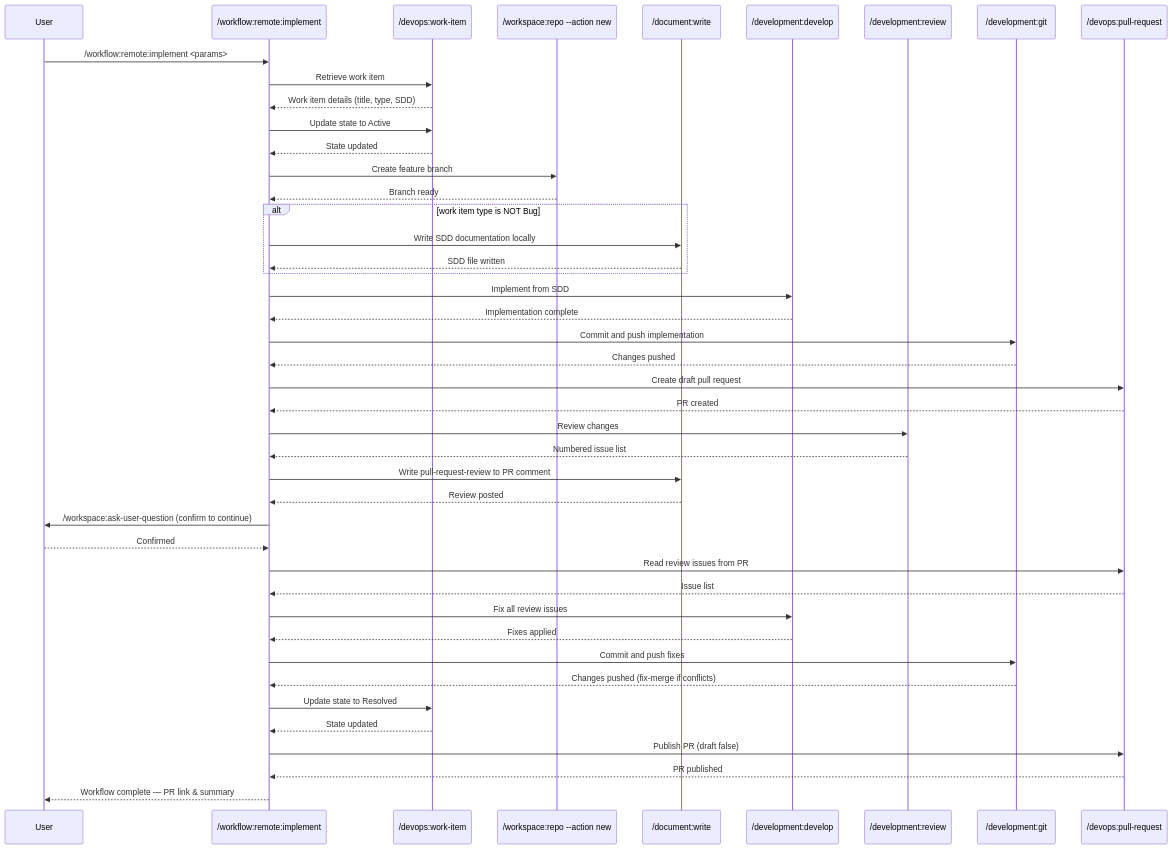
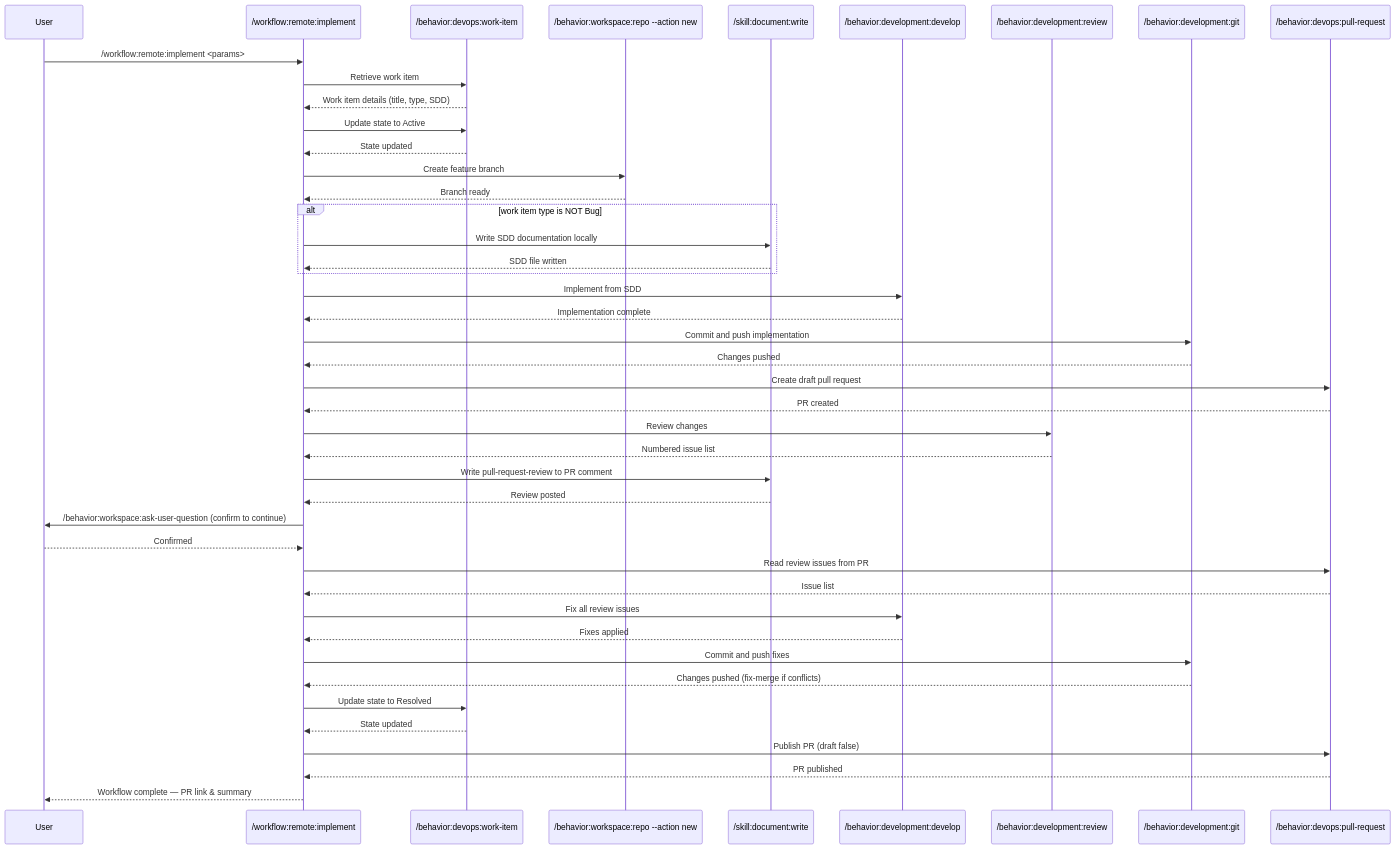
The diagram in .claude/commands/workflow/remote/implement.md (zzaia/zzaia-agentic-workspace), drawn with Mermaid before and after one commit. The commit also changed other lines of this file and 86 other files, not shown here.

````diff
--- a/.claude/commands/workflow/remote/implement.md
+++ b/.claude/commands/workflow/remote/implement.md
@@ -113,59 +113,59 @@
 ```mermaid
 sequenceDiagram
     participant U as User
     participant P as /workflow:remote:implement
-    participant WI as /devops:work-item
-    participant WN as /workspace:repo --action new
-    participant DW as /document:write
-    participant DD as /development:develop
-    participant DR as /development:review
-    participant DG as /development:git
-    participant PR as /devops:pull-request
+    participant WI as /behavior:devops:work-item
+    participant WN as /behavior:workspace:repo --action new
+    participant DW as /skill:document:write
+    participant DD as /behavior:development:develop
+    participant DR as /behavior:development:review
+    participant DG as /behavior:development:git
+    participant PR as /behavior:devops:pull-request
 
     U->>P: /workflow:remote:implement <params>
 
     P->>WI: Retrieve work item
     WI-->>P: Work item details (title, type, SDD)
     P->>WI: Update state to Active
     WI-->>P: State updated
 
     P->>WN: Create feature branch
     WN-->>P: Branch ready
 
     alt work item type is NOT Bug
         P->>DW: Write SDD documentation locally
         DW-->>P: SDD file written
     end
 
     P->>DD: Implement from SDD
     DD-->>P: Implementation complete
 
     P->>DG: Commit and push implementation
     DG-->>P: Changes pushed
 
     P->>PR: Create draft pull request
     PR-->>P: PR created
 
     P->>DR: Review changes
     DR-->>P: Numbered issue list
     P->>DW: Write pull-request-review to PR comment
     DW-->>P: Review posted
-    P->>U: /workspace:ask-user-question (confirm to continue)
+    P->>U: /behavior:workspace:ask-user-question (confirm to continue)
     U-->>P: Confirmed
 
     P->>PR: Read review issues from PR
     PR-->>P: Issue list
 
     P->>DD: Fix all review issues
     DD-->>P: Fixes applied
 
     P->>DG: Commit and push fixes
     DG-->>P: Changes pushed (fix-merge if conflicts)
     P->>WI: Update state to Resolved
     WI-->>P: State updated
 
     P->>PR: Publish PR (draft false)
     PR-->>P: PR published
 
     P-->>U: Workflow complete — PR link & summary
 ```
````
